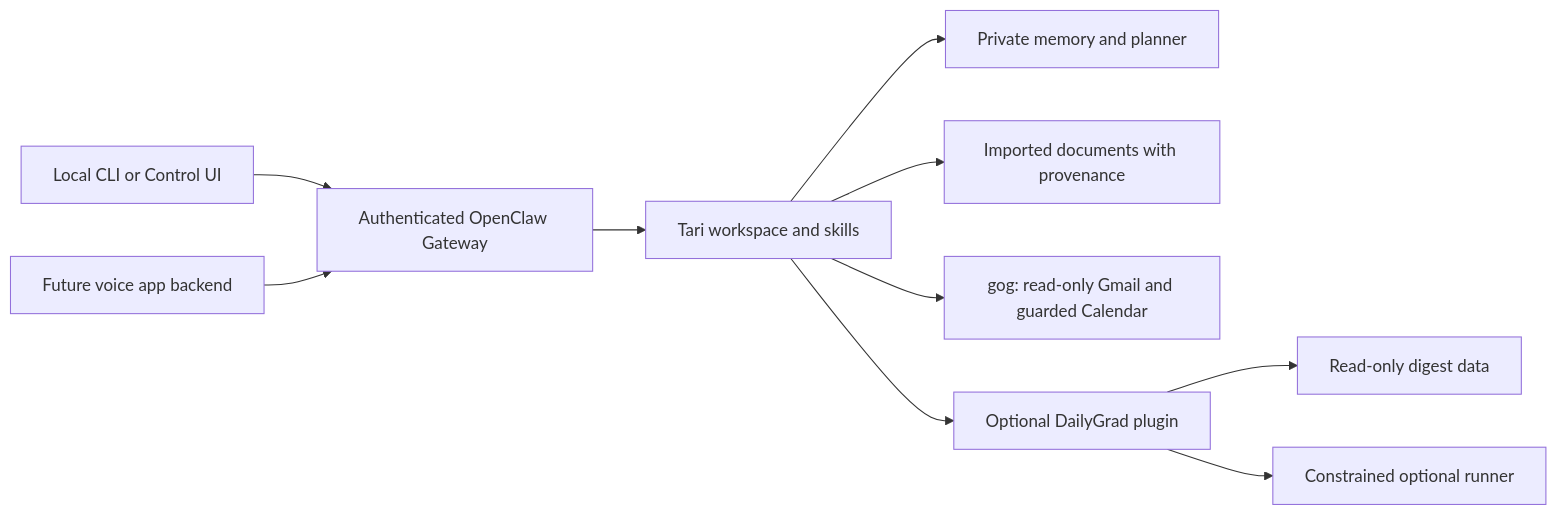
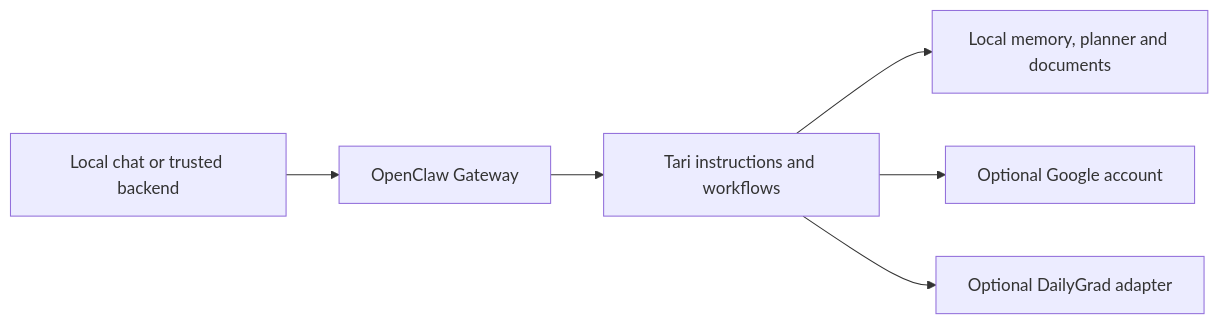
One commit to SpaceJesusTM/tari-public changed the diagram in README.md. Above: the diagram before and after it, drawn with Mermaid. The commit also changed other lines of this file and 5 other files, not shown here.

````diff
--- a/README.md
+++ b/README.md
@@ -13,12 +82,8 @@
 ```mermaid
 flowchart LR
-    CLI[Local CLI or Control UI] --> GW[Authenticated OpenClaw Gateway]
-    Backend[Future voice app backend] --> GW
-    GW --> Tari[Tari workspace and skills]
-    Tari --> State[Private memory and planner]
-    Tari --> Docs[Imported documents with provenance]
-    Tari --> Google[gog: read-only Gmail and guarded Calendar]
-    Tari --> DG[Optional DailyGrad plugin]
-    DG --> Digest[Read-only digest data]
-    DG --> Runner[Constrained optional runner]
+    Chat[Local chat or trusted backend] --> Gateway[OpenClaw Gateway]
+    Gateway --> Tari[Tari instructions and workflows]
+    Tari --> State[Local memory, planner and documents]
+    Tari --> Google[Optional Google account]
+    Tari --> DailyGrad[Optional DailyGrad adapter]
 ```
````
